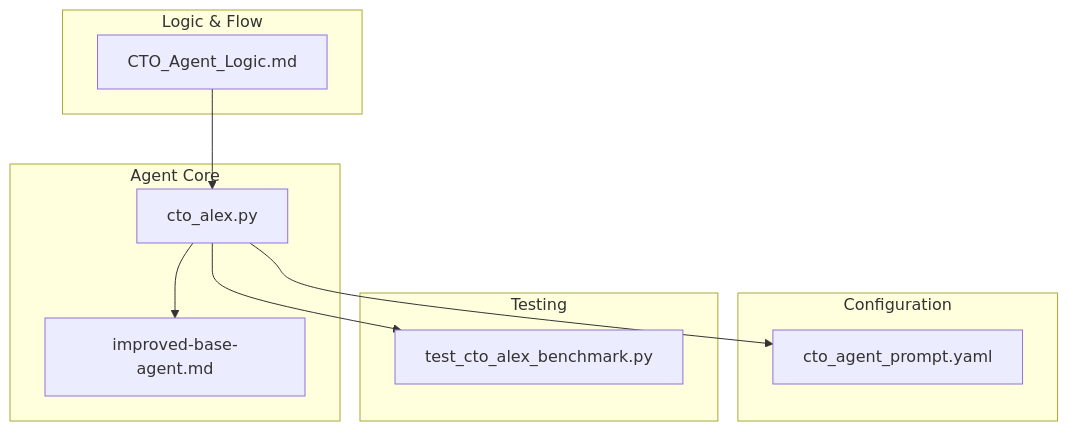
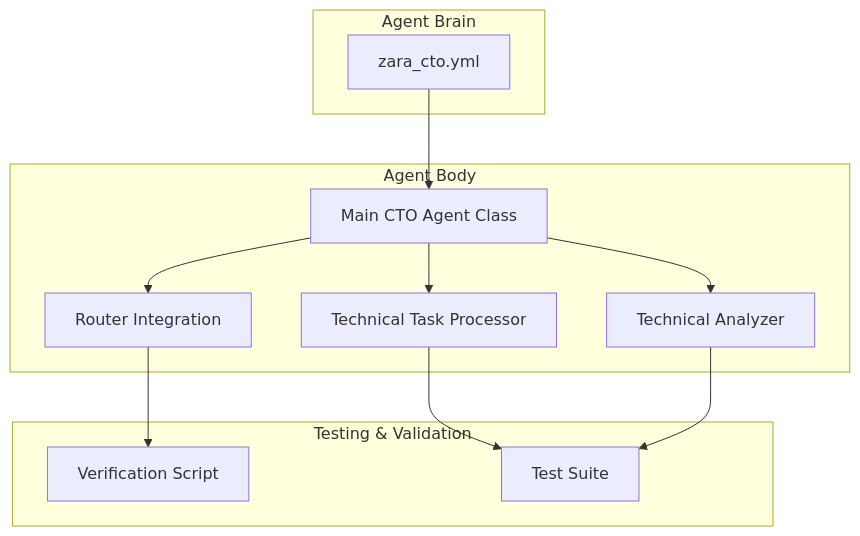
Before and after one commit to 371-Minds/os: the first of 5 diagrams in .qoder/repowiki/en/content/CTO Agent (Alex).md, drawn with Mermaid. The commit also changed other lines of this file and 10 other files, not shown here.

````diff
--- a/.qoder/repowiki/en/content/CTO Agent (Alex).md
+++ b/.qoder/repowiki/en/content/CTO Agent (Alex).md
@@ -35,18 +48,19 @@
 ```mermaid
 graph TD
-subgraph "Agent Core"
-CTO_Agent[cto_alex.py] --> BaseAgent[improved-base-agent.md]
+subgraph "Agent Body"
+index[Main CTO Agent Class] --> processor[Technical Task Processor]
+index --> analyzer[Technical Analyzer]
+index --> router[Router Integration]
 end
-subgraph "Configuration"
-PromptTemplate[cto_agent_prompt.yaml]
+subgraph "Agent Brain"
+definition[zara_cto.yml]
 end
-subgraph "Testing"
-Benchmark[test_cto_alex_benchmark.py]
+subgraph "Testing & Validation"
+verify[Verification Script]
+tests[Test Suite]
 end
-subgraph "Logic & Flow"
-LogicDiagram[CTO_Agent_Logic.md]
-end
-CTO_Agent --> PromptTemplate
-CTO_Agent --> Benchmark
-LogicDiagram --> CTO_Agent
+definition --> index
+processor --> tests
+analyzer --> tests
+router --> verify
 ```
````
